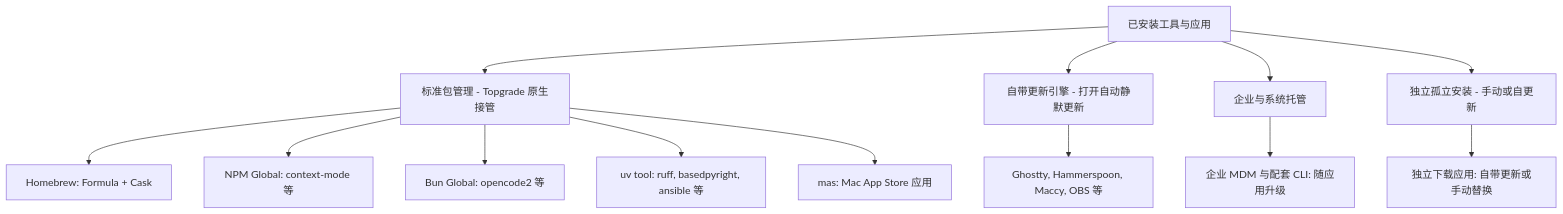
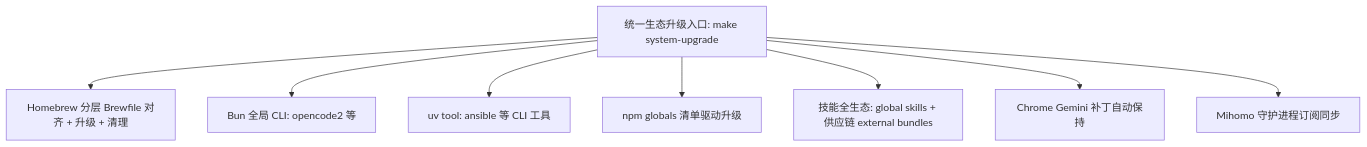
One commit to suainam/mac-bootstrap-template changed the diagram in README.md. Above: the diagram before and after it, drawn with Mermaid. The commit also changed other lines of this file and 7 other files, not shown here.

Commit message:
feat(system-upgrade): retire topgrade in favor of declarative brew bundle and native toolchains

````diff
--- a/README.md
+++ b/README.md
@@ -192,17 +192,10 @@
 ```mermaid
 flowchart TD
-    All[已安装工具与应用] --> PKG[标准包管理 - Topgrade 原生接管]
-    All --> Sparkle[自带更新引擎 - 打开自动静默更新]
-    All --> Enterprise[企业与系统托管]
-    All --> Manual[独立孤立安装 - 手动或自更新]
-
-    PKG --> P1[Homebrew: Formula + Cask]
-    PKG --> P2[NPM Global: context-mode 等]
-    PKG --> P3[Bun Global: opencode2 等]
-    PKG --> P4[uv tool: ruff, basedpyright, ansible 等]
-    PKG --> P6[mas: Mac App Store 应用]
-
-    Sparkle --> S1[Ghostty, Hammerspoon, Maccy, OBS 等]
-    Enterprise --> E1[企业 MDM 与配套 CLI: 随应用升级]
-    Manual --> M1[独立下载应用: 自带更新或手动替换]
+    All[统一生态升级入口: make system-upgrade] --> Brew[Homebrew 分层 Brewfile 对齐 + 升级 + 清理]
+    All --> Bun[Bun 全局 CLI: opencode2 等]
+    All --> UV[uv tool: ansible 等 CLI 工具]
+    All --> NPM[npm globals 清单驱动升级]
+    All --> Skills[技能全生态: global skills + 供应链 external bundles]
+    All --> Chrome[Chrome Gemini 补丁自动保持]
+    All --> Mihomo[Mihomo 守护进程订阅同步]
 ```
````
